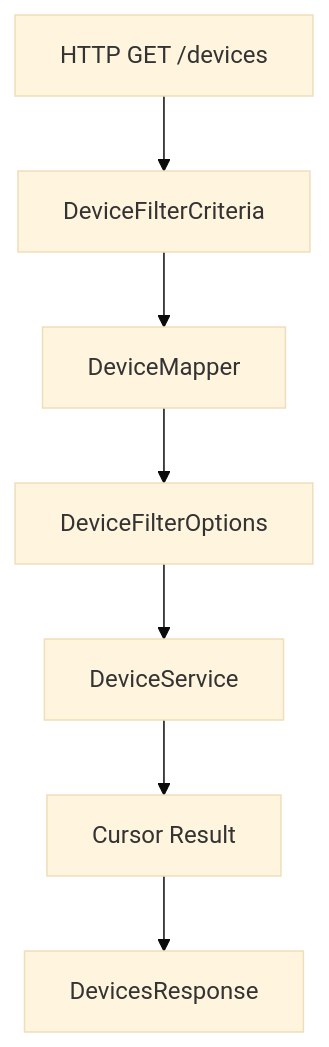
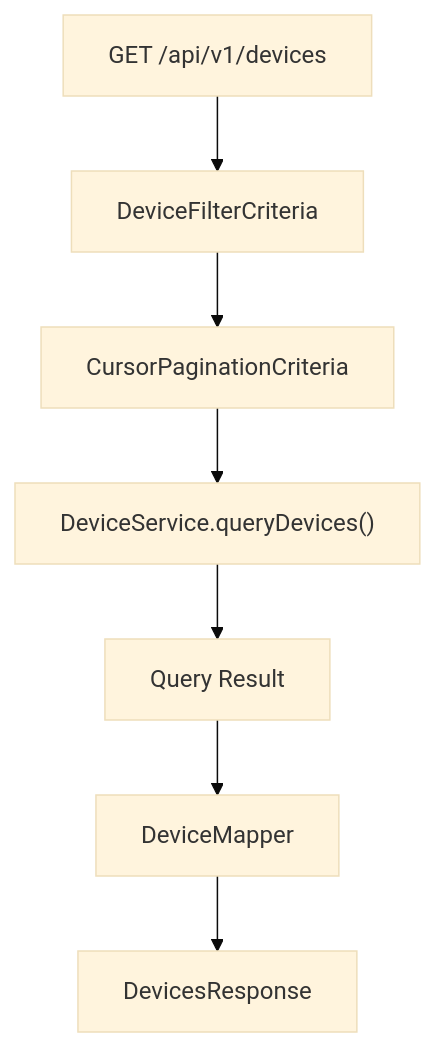
The second of 5 diagrams in docs/reference/architecture/external-api-service-core/external-api-service-core.md (flamingo-stack/openframe-oss-lib), drawn with Mermaid (base theme) before and after one commit. The commit also changed other lines of this file and 1819 other files, not shown here.

````diff
--- a/docs/reference/architecture/external-api-service-core/external-api-service-core.md
+++ b/docs/reference/architecture/external-api-service-core/external-api-service-core.md
@@ -150,9 +133,9 @@
 ```mermaid
 flowchart TD
-    Request["HTTP GET /devices"] --> Criteria["DeviceFilterCriteria"]
-    Criteria --> Mapper["DeviceMapper"]
-    Mapper --> Options["DeviceFilterOptions"]
-    Options --> Service["DeviceService"]
-    Service --> Result["Cursor Result"]
-    Result --> Response["DevicesResponse"]
+    Request["GET /api/v1/devices"] --> Criteria["DeviceFilterCriteria"]
+    Criteria --> Pagination["CursorPaginationCriteria"]
+    Pagination --> Query["DeviceService.queryDevices()"]
+    Query --> Result["Query Result"]
+    Result --> Mapper["DeviceMapper"]
+    Mapper --> Response["DevicesResponse"]
 ```
````
